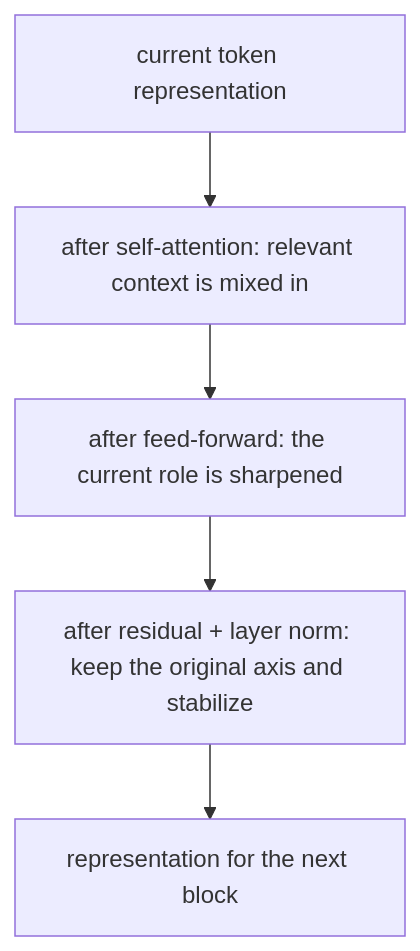
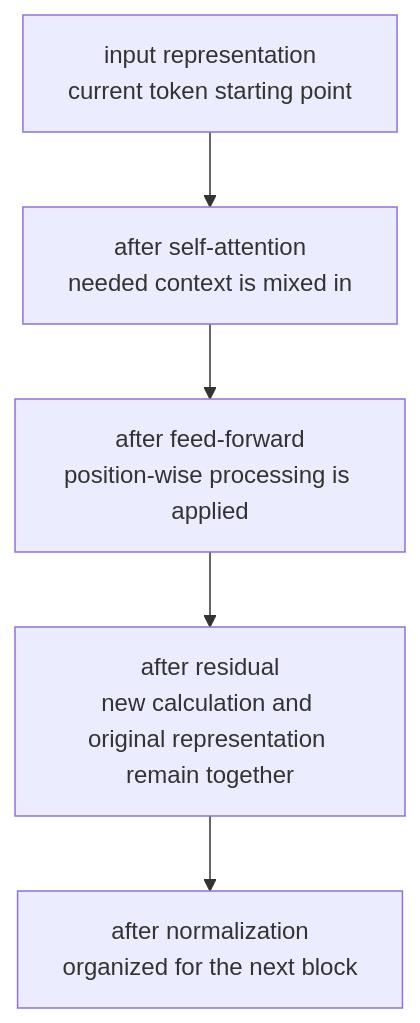
Before and after one commit to devchan64/AiBook: the diagram in docs/assets/part-05/chapter-14/transformer-representation-update-en.mmd, drawn with Mermaid. The commit also changed 71 other files, not shown here.

Commit message:
Revise part 5 transformer and translation flow

```diff
--- a/docs/assets/part-05/chapter-14/transformer-representation-update-en.mmd
+++ b/docs/assets/part-05/chapter-14/transformer-representation-update-en.mmd
@@ -1,11 +1,11 @@
 flowchart TD
-  A["current token representation"]
-  B["after self-attention: relevant context is mixed in"]
-  C["after feed-forward: the current role is sharpened"]
-  D["after residual + layer norm: keep the original axis and stabilize"]
-  E["representation for the next block"]
+  A["input representation<br/>current token starting point"]
+  B["after self-attention<br/>needed context is mixed in"]
+  C["after feed-forward<br/>position-wise processing is applied"]
+  D["after residual<br/>new calculation and original representation remain together"]
+  E["after normalization<br/>organized for the next block"]
 
   A --> B
   B --> C
   C --> D
   D --> E
```
